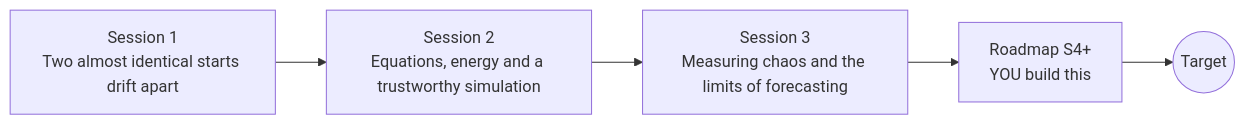
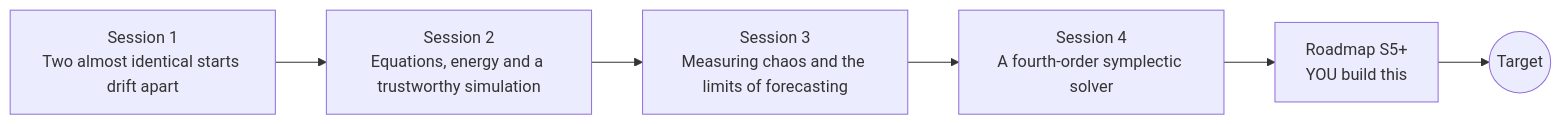
The diagram in README.md (KrunalPanchal1995/openchaos), drawn with Mermaid before and after one commit. The commit also changed other lines of this file and 21 other files, not shown here.

First line of the commit message:
Add Session 4: a fourth-order symplectic solver

````diff
--- a/README.md
+++ b/README.md
@@ -86,9 +87,10 @@
 ```mermaid
 flowchart LR
   S1[Session 1<br/>Two almost identical starts drift apart]
   S2[Session 2<br/>Equations, energy and a trustworthy simulation]
   S3[Session 3<br/>Measuring chaos and the limits of forecasting]
-  R[Roadmap S4+<br/>YOU build this]
+  S4[Session 4<br/>A fourth-order symplectic solver]
+  R[Roadmap S5+<br/>YOU build this]
   T((Target))
-  S1 --> S2 --> S3 --> R --> T
+  S1 --> S2 --> S3 --> S4 --> R --> T
 ```
````
